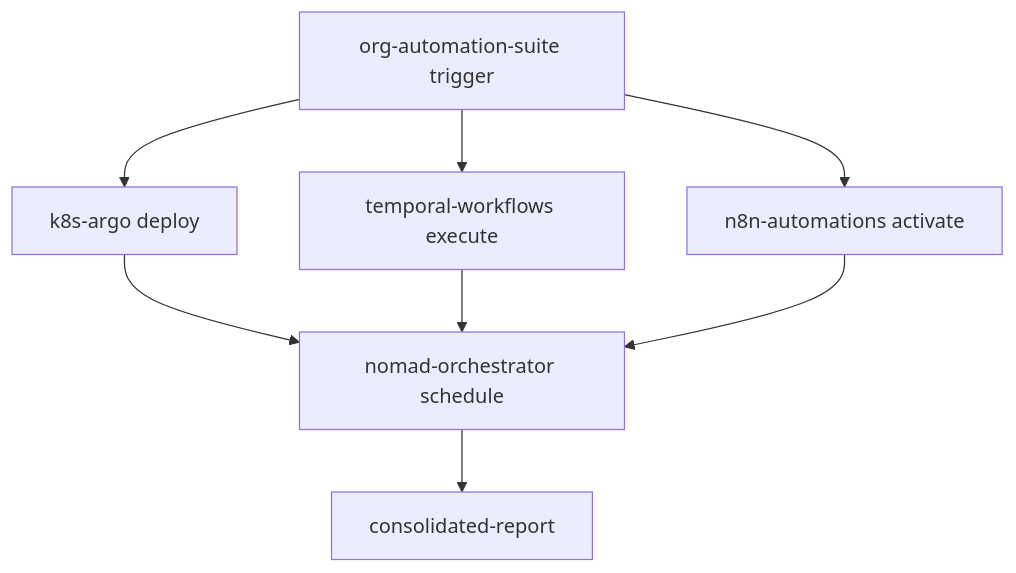
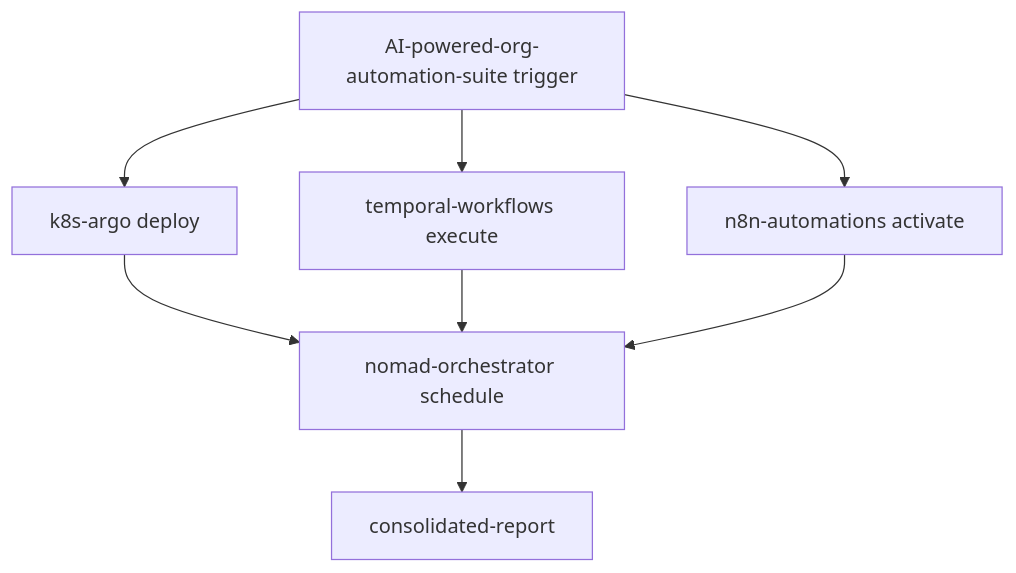
One commit to arturdr-org/org-automation changed the diagram in docs/MCP_ARCHITECTURE.md. Above: the diagram before and after it, drawn with Mermaid. The commit also changed other lines of this file and 40 other files, not shown here.

````diff
--- a/docs/MCP_ARCHITECTURE.md
+++ b/docs/MCP_ARCHITECTURE.md
@@ -186,10 +186,10 @@
 ```mermaid
 graph TD
-    A[org-automation-suite trigger] --> B[k8s-argo deploy]
+    A[AI-powered-org-automation-suite trigger] --> B[k8s-argo deploy]
     A --> C[temporal-workflows execute]  
     A --> D[n8n-automations activate]
     B --> E[nomad-orchestrator schedule]
     C --> E
     D --> E
     E --> F[consolidated-report]
 ```
````
